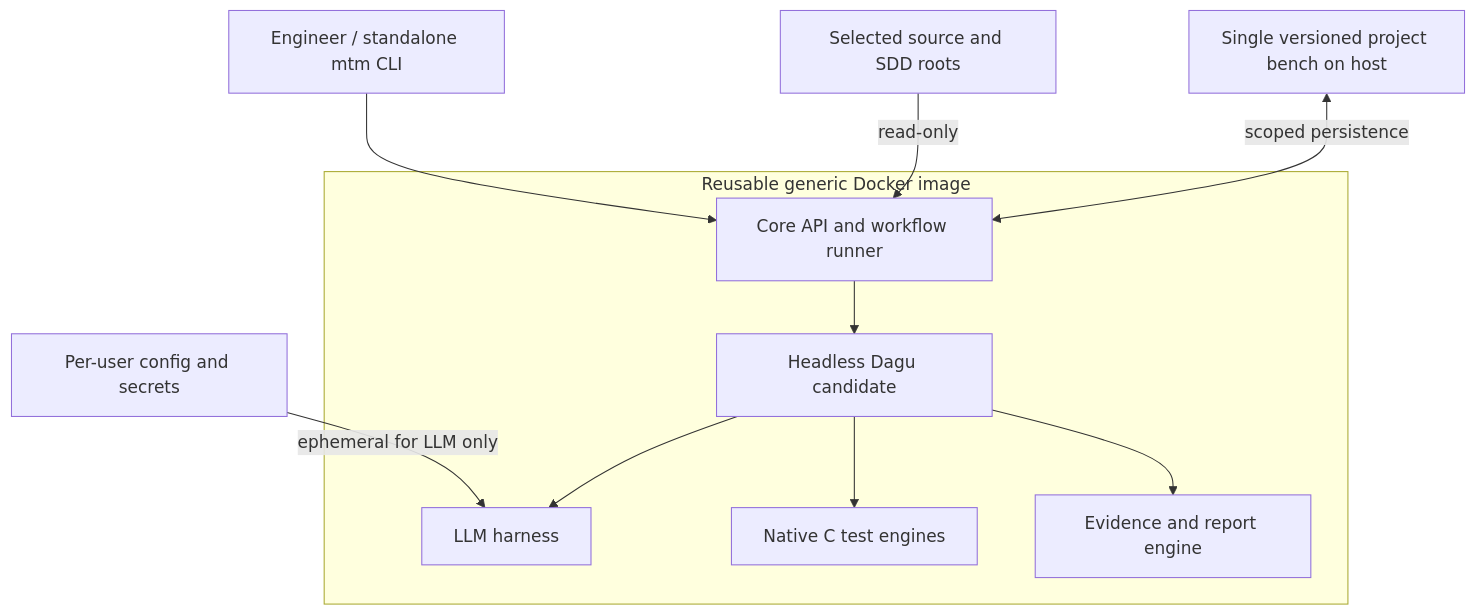
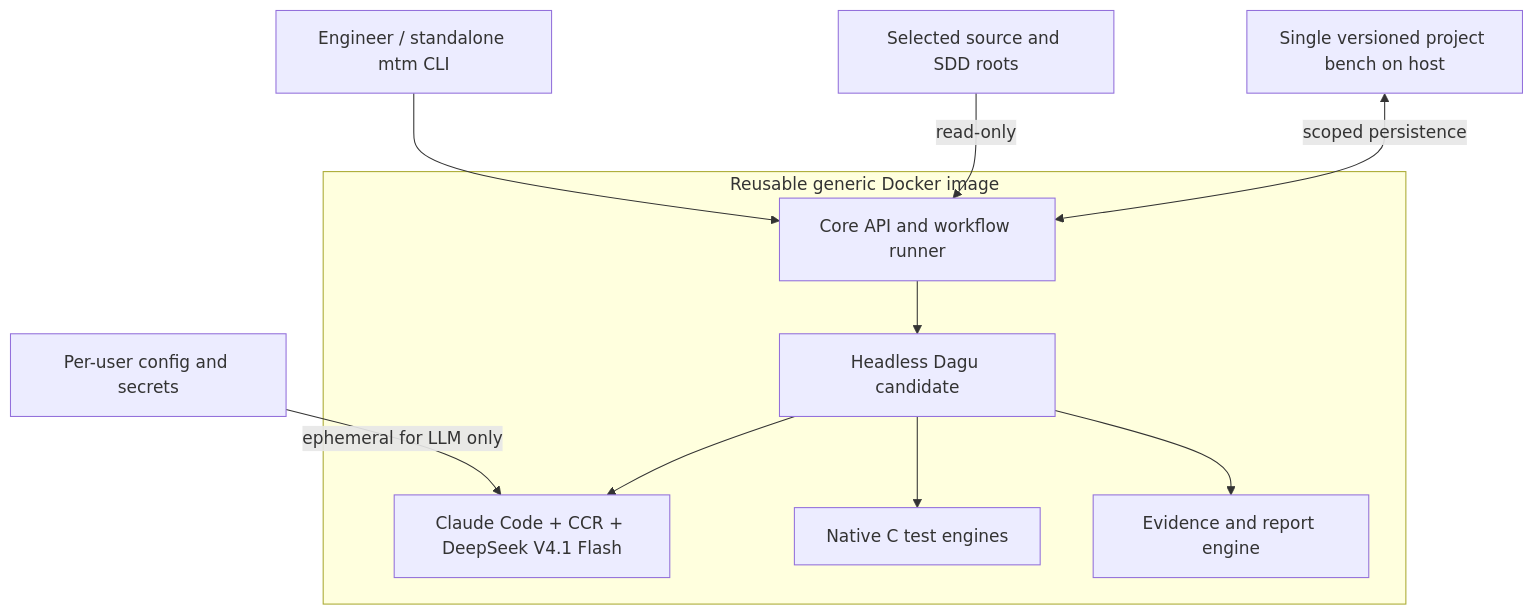
The first of 3 diagrams in docs/architecture/architecture.md (aradenac/utest-machinery), drawn with Mermaid before and after one commit. The commit also changed other lines of this file, not shown here.

````diff
--- a/docs/architecture/architecture.md
+++ b/docs/architecture/architecture.md
@@ -7,18 +7,18 @@
 ```mermaid
 flowchart TB
   U["Engineer / standalone mtm CLI"] --> RUNNER
   IN["Selected source and SDD roots"] -->|read-only| RUNNER
   BENCH["Single versioned project bench on host"] <-->|scoped persistence| RUNNER
   USER["Per-user config and secrets"] -->|ephemeral for LLM only| AGENT
   subgraph CONTAINER["Reusable generic Docker image"]
     RUNNER["Core API and workflow runner"]
     DAG["Headless Dagu candidate"]
-    AGENT["LLM harness"]
+    AGENT["Claude Code + CCR + DeepSeek V4.1 Flash"]
     TEST["Native C test engines"]
     REPORT["Evidence and report engine"]
     RUNNER --> DAG
     DAG --> AGENT
     DAG --> TEST
     DAG --> REPORT
   end
 ```
````
